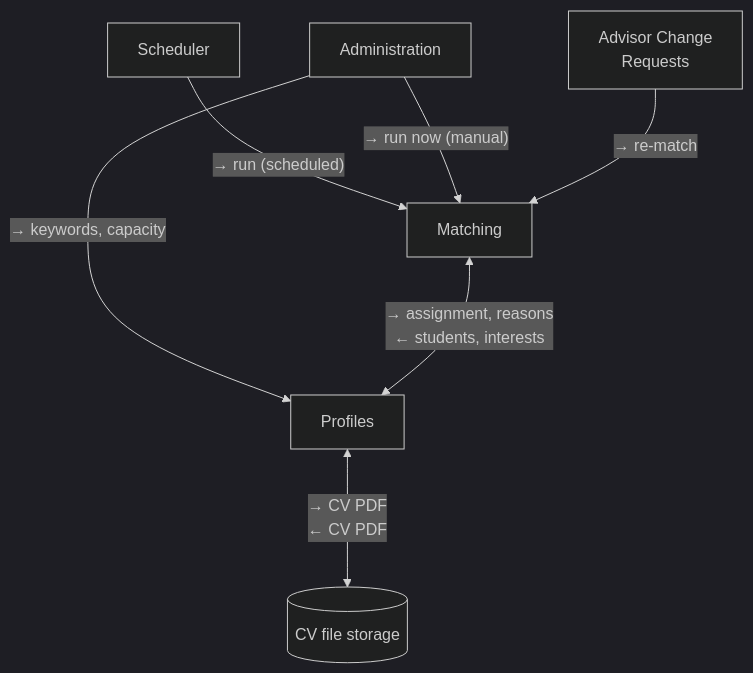
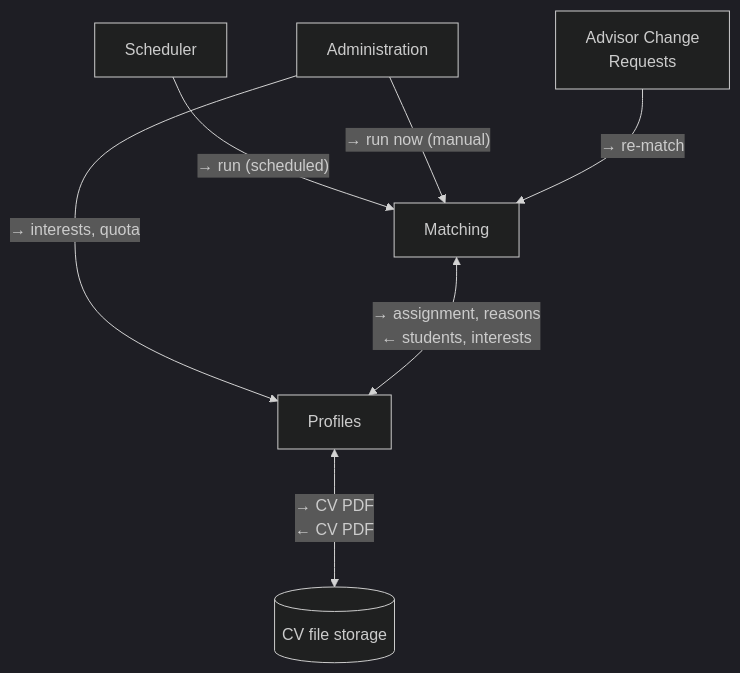
Before and after one commit to seng321-group8/SENG321-Project: the third of 4 diagrams in docs/architecture/c4.md, drawn with Mermaid (dark theme). The commit also changed other lines of this file and 1 other file, not shown here.

Commit message:
docs(api): align OpenAPI with SRS and class diagram, v0.5.0 (#70)

````diff
--- a/docs/architecture/c4.md
+++ b/docs/architecture/c4.md
@@ -118,17 +118,17 @@
 ```mermaid
 %%{init: {'flowchart': {'nodeSpacing': 70, 'rankSpacing': 90, 'curve': 'basis'}}}%%
 flowchart TB
     SCH["Scheduler"]
     ADMIN["Administration"]
     CHG["Advisor Change<br/>Requests"]
     MATCH["Matching"]
     PROF["Profiles"]
     FILES[("CV file storage")]
 
     SCH -->|"→ run (scheduled)"| MATCH
     ADMIN -->|"→ run now (manual)"| MATCH
     CHG -->|"→ re-match"| MATCH
-    ADMIN -->|"→ keywords, capacity"| PROF
+    ADMIN -->|"→ interests, quota"| PROF
     MATCH <-->|"→ assignment, reasons<br/>← students, interests"| PROF
     PROF <-->|"→ CV PDF<br/>← CV PDF"| FILES
 ```
````
